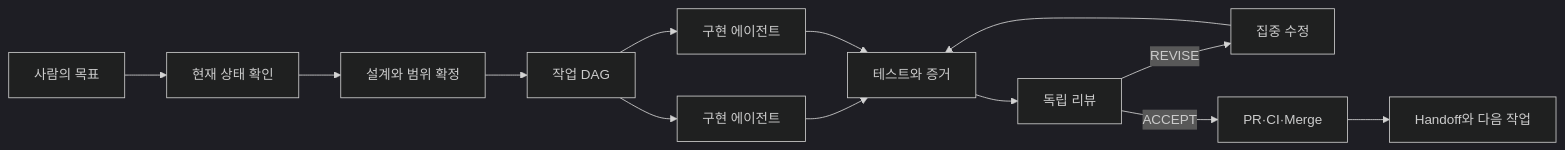
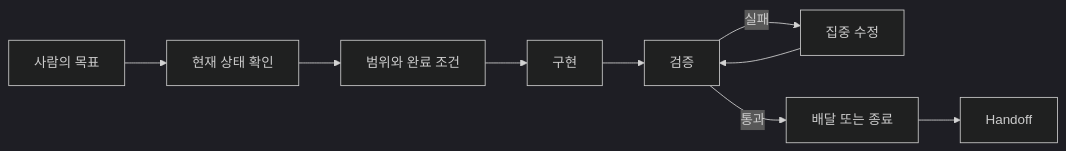
The first of 2 diagrams in README.md (hjung3113/how-i-use-llm-agents), drawn with Mermaid (dark theme) before and after one commit. The commit also changed other lines of this file and 13 other files, not shown here.

````diff
--- a/README.md
+++ b/README.md
@@ -20,15 +20,11 @@
 ```mermaid
 flowchart LR
     A[사람의 목표] --> B[현재 상태 확인]
-    B --> C[설계와 범위 확정]
-    C --> D[작업 DAG]
-    D --> E1[구현 에이전트]
-    D --> E2[구현 에이전트]
-    E1 --> F[테스트와 증거]
-    E2 --> F
-    F --> G[독립 리뷰]
-    G -->|REVISE| H[집중 수정]
-    H --> F
-    G -->|ACCEPT| I[PR·CI·Merge]
-    I --> J[Handoff와 다음 작업]
+    B --> C[범위와 완료 조건]
+    C --> D[구현]
+    D --> E[검증]
+    E -->|실패| F[집중 수정]
+    F --> E
+    E -->|통과| G[배달 또는 종료]
+    G --> H[Handoff]
 ```
````
